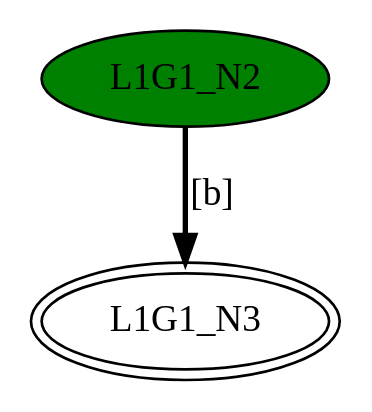
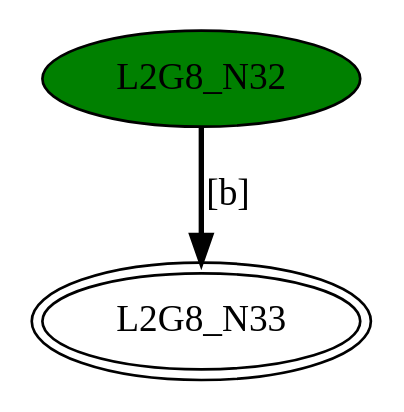
Before and after one commit to GDimitroulakos/EDUFLEX: the diagram in DFASimulator/Testbench/BasicChar_[b].dot, drawn with Graphviz. The commit also changed 216 other files, not shown here.

```diff
--- a/DFASimulator/Testbench/BasicChar_[b].dot
+++ b/DFASimulator/Testbench/BasicChar_[b].dot
@@ -1,5 +1,5 @@
-digraph G1{
-"L1G1_N2" [style=filled,fillcolor=green];
-"L1G1_N3" [peripheries=2];
-"L1G1_N2"->"L1G1_N3" [style = bold, label = "[b]"];
+digraph G8{
+"L2G8_N32" [style=filled,fillcolor=green];
+"L2G8_N33" [peripheries=2];
+"L2G8_N32"->"L2G8_N33" [style = bold, label = "[b]"];
 }
```
